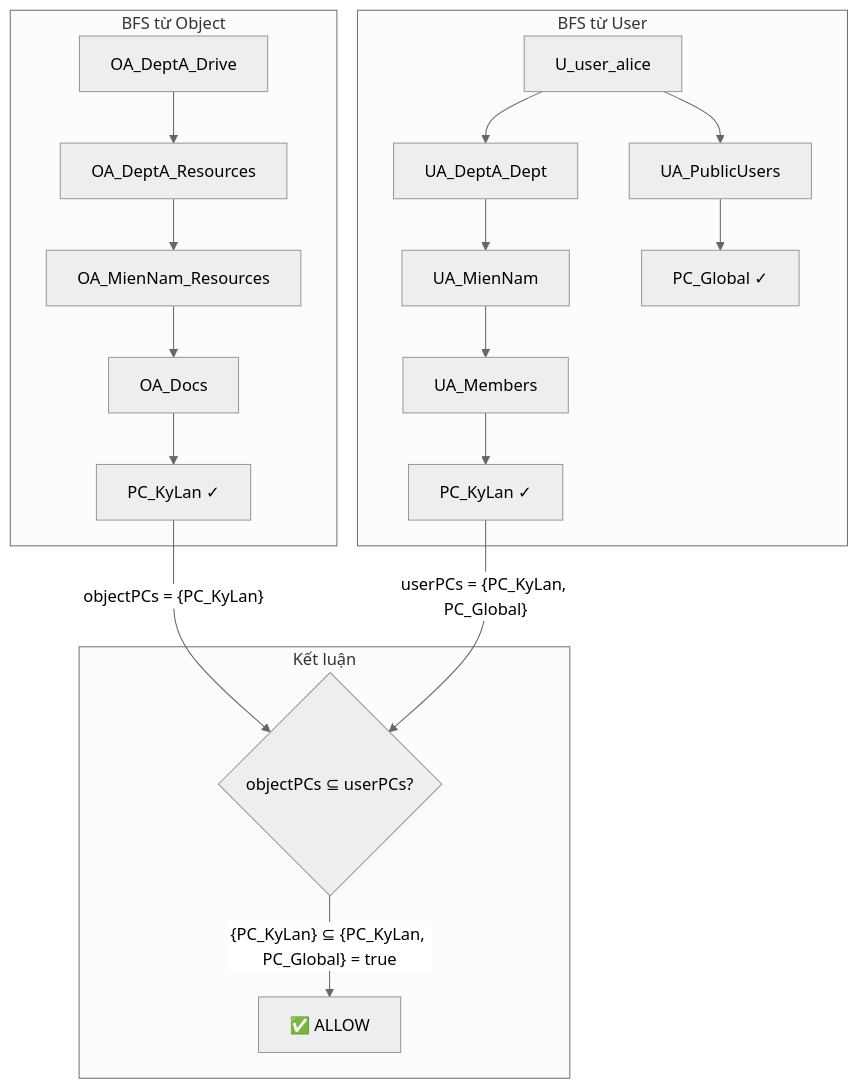
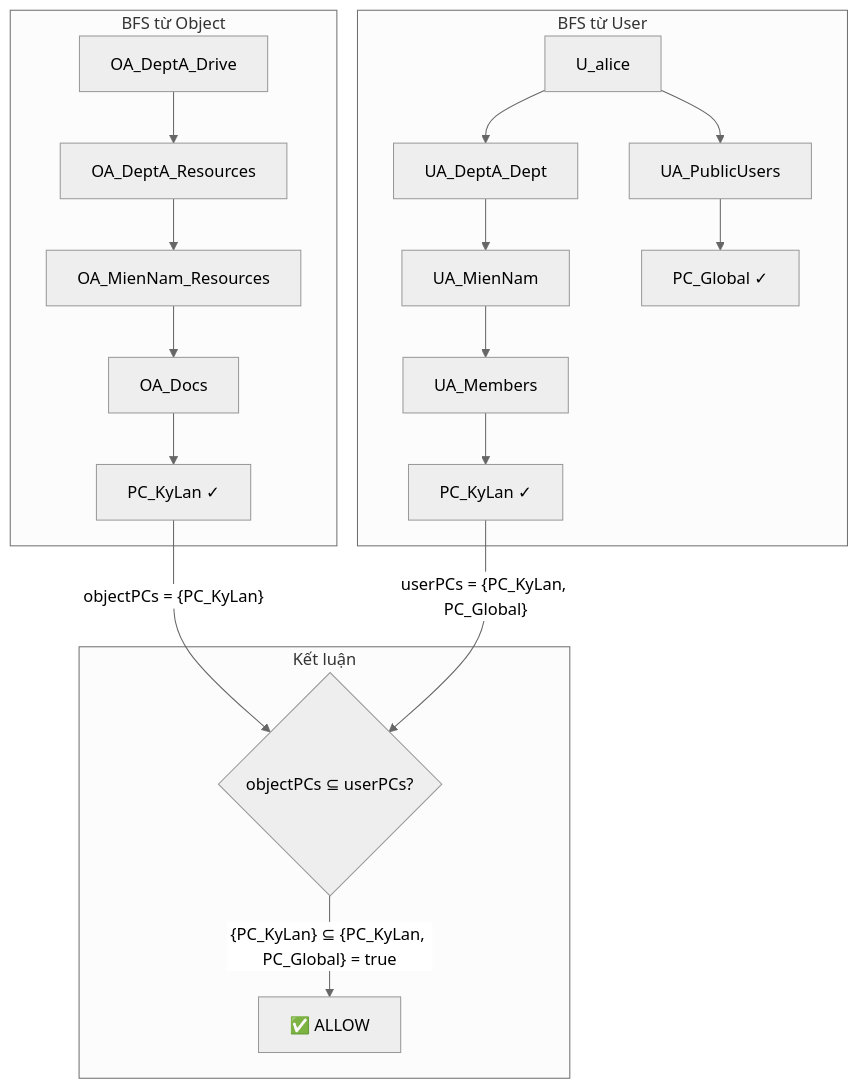
The ninth of 10 diagrams in raw/ngac/ngac_in_real_project/ngac-practical-guide.md (minhquan2904/llm-wiki), drawn with Mermaid (neutral theme) before and after one commit. The commit also changed other lines of this file and 23 other files, not shown here.

````diff
--- a/raw/ngac/ngac_in_real_project/ngac-practical-guide.md
+++ b/raw/ngac/ngac_in_real_project/ngac-practical-guide.md
@@ -1620,26 +1625,26 @@
 ```mermaid
 flowchart TD
     subgraph "BFS từ User"
-        U["U_user_alice"] --> UA_DeptA["UA_DeptA_Dept"]
+        U["U_alice"] --> UA_DeptA["UA_DeptA_Dept"]
         UA_DeptA --> UA_MN["UA_MienNam"]
         UA_MN --> UA_Members["UA_Members"]
         UA_Members --> PC_V["PC_KyLan ✓"]
-        
+
         U --> UA_PU["UA_PublicUsers"]
         UA_PU --> PC_G["PC_Global ✓"]
     end
-    
+
     subgraph "BFS từ Object"
         OA["OA_DeptA_Drive"] --> OA_RES["OA_DeptA_Resources"]
         OA_RES --> OA_MN_R["OA_MienNam_Resources"]
         OA_MN_R --> OA_DOCS["OA_Docs"]
         OA_DOCS --> PC_V2["PC_KyLan ✓"]
     end
-    
+
     subgraph "Kết luận"
         CHECK{"objectPCs ⊆ userPCs?"}
         PC_V2 -->|"objectPCs = {PC_KyLan}"| CHECK
         PC_V -->|"userPCs = {PC_KyLan, PC_Global}"| CHECK
         CHECK -->|"{PC_KyLan} ⊆ {PC_KyLan, PC_Global} = true"| ALLOW["✅ ALLOW"]
     end
 ```
````
